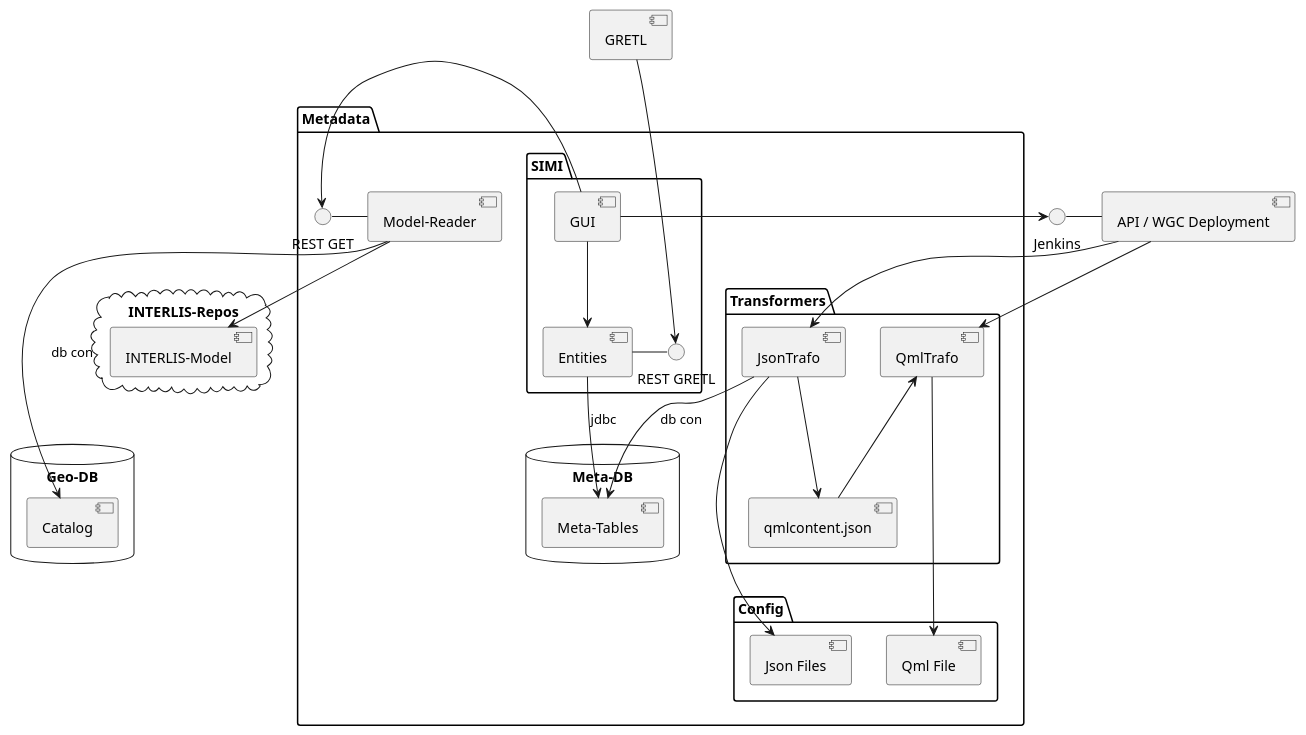
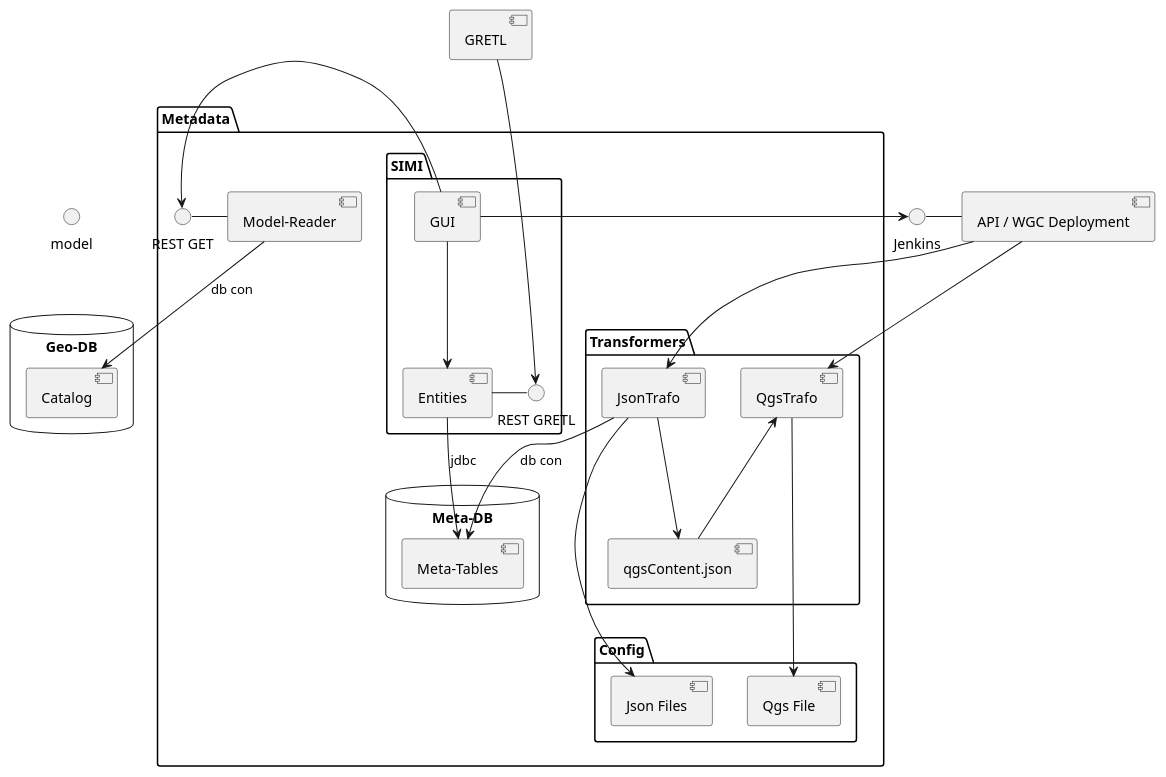
One commit to sogis/simi changed the diagram in mp/puml/src/components.puml. Above: the diagram before and after it, drawn with PlantUML.

Commit message:
Adapted component diagram to concept progres

```diff
--- a/mp/puml/src/components.puml
+++ b/mp/puml/src/components.puml
@@ -1,71 +1,65 @@
 @startuml
 package "Metadata" {
     package "Transformers" {
         [JsonTrafo] as jt
-        [QmlTrafo] as qt
-        [qmlcontent.json] as qj
+        [QgsTrafo] as qt
+        [qgsContent.json] as qj
 
         jt --> qj
         qj -up-> qt
     }
 
     package "Config" {
         [Json Files] as json
-        [Qml File] as qml
+        [Qgs File] as qgs
     }
 
     package "SIMI" {
         [GUI] as gui
         [Entities] as class
         () "REST GRETL" as gi
 
         gui --> class
         gi - class
     }
 
     database "Meta-DB" {
         [Meta-Tables] as mdb
     }
 
     together {
       [Model-Reader] as mr
       () "REST GET" as mri
       mr - mri
     }
     gui -left-> mri
 
     class --> mdb : jdbc
     jt --> mdb : db con
 
     jt --> json
-    qt --> qml
+    qt --> qgs
 }
-
-
-cloud "INTERLIS-Repos" {
-    [INTERLIS-Model] as model
-}
-mr --> model
 
 database "Geo-DB" {
     [Catalog] as cat
 }
 mr --> cat : db con
 
 together {
   [API / WGC Deployment] as pipe
   () "Jenkins" as pi
   pi - pipe
 }
 
 gui --> pi
 pipe --> jt
 pipe --> qt
 
 [GRETL] as gretl
 gretl --> gi
 
 gretl -[hidden]-> gui
 qj -[hidden]-> json
 model -[hidden]-> cat
 @enduml
```
